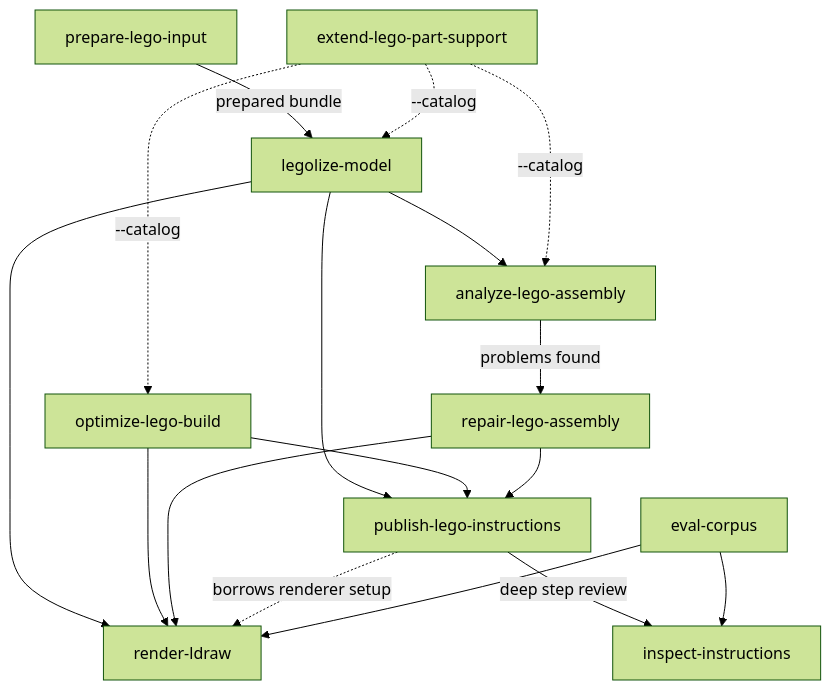
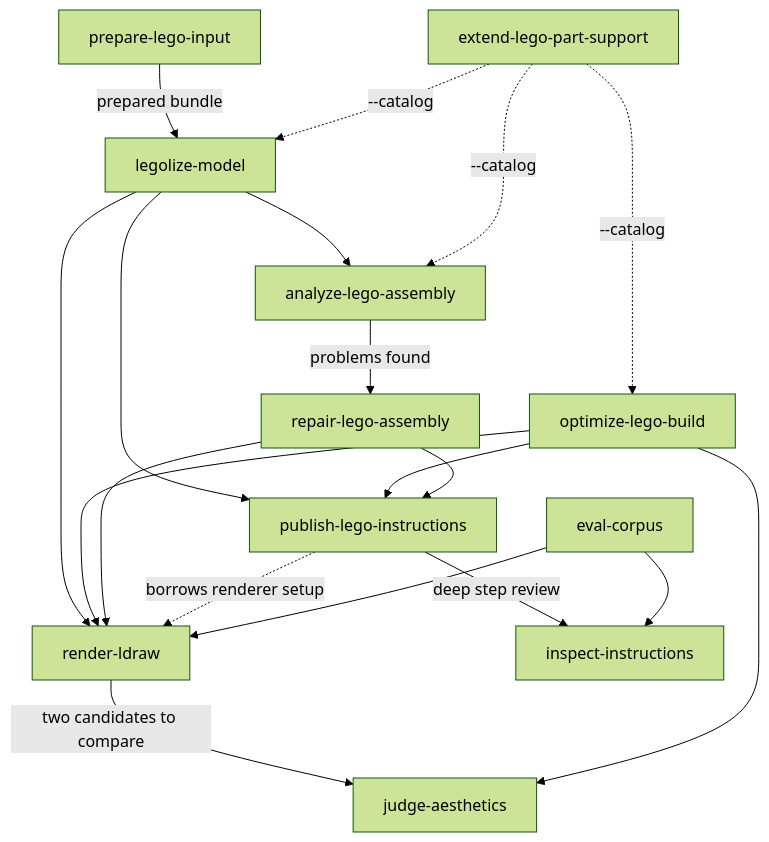
The diagram in docs/basics/choosing-a-skill.md (hbmartin/legolization), drawn with Mermaid (forest theme) before and after one commit. The commit also changed other lines of this file and 10 other files, not shown here.

First line of the commit message:
Close the beauty-scalar roadmap item and document what replaced it

````diff
--- a/docs/basics/choosing-a-skill.md
+++ b/docs/basics/choosing-a-skill.md
@@ -27,19 +28,21 @@
 ```mermaid
 flowchart TD
     P["prepare-lego-input"] -->|"prepared bundle"| L["legolize-model"]
     L --> R["render-ldraw"]
     L --> PU["publish-lego-instructions"]
     L --> A["analyze-lego-assembly"]
     O["optimize-lego-build"] --> R
     O --> PU
     A -->|"problems found"| RE["repair-lego-assembly"]
     RE --> R
     RE --> PU
     PU -->|"deep step review"| I["inspect-instructions"]
     PU -.->|"borrows renderer setup"| R
     E["extend-lego-part-support"] -.->|"--catalog"| L
     E -.->|"--catalog"| O
     E -.->|"--catalog"| A
     EV["eval-corpus"] --> R
     EV --> I
+    R -->|"two candidates to compare"| J["judge-aesthetics"]
+    O --> J
 ```
````
